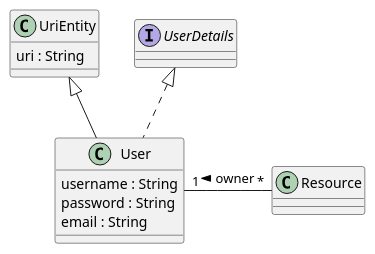
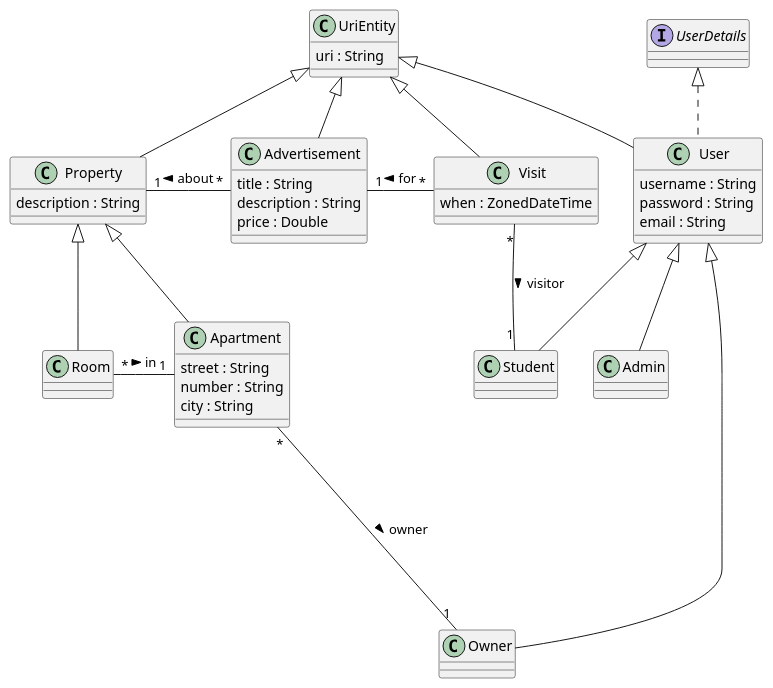
One commit to UdL-EPS-SoftArch/myapartments-api changed the diagram in EntitiesModel.puml. Above: the diagram before and after it, drawn with PlantUML. The commit also changed 2 other files, not shown here.

```diff
--- a/EntitiesModel.puml
+++ b/EntitiesModel.puml
@@ -1,15 +1,45 @@
 @startuml
 
 class User extends UriEntity implements UserDetails {
-  username : String
-  password : String
-  email : String
+    username : String
+    password : String
+    email : String
 }
 
 class UriEntity {
-  uri : String
+    uri : String
 }
 
-User "1" --right-- "*" Resource : owner <
+class Admin extends User {}
+class Student extends User {}
+class Owner extends User {}
+
+class Property extends UriEntity {
+    description : String
+}
+
+class Apartment extends Property {
+    street : String
+    number : String
+    city : String
+}
+Owner "1" --up-- "*" Apartment : owner <
+
+class Room extends Property {
+}
+Apartment "1" --left-- "*" Room : in <
+
+class Advertisement extends UriEntity {
+    title : String
+    description : String
+    price : Double
+}
+Property "1" --right-- "*" Advertisement : about <
+
+class Visit extends UriEntity {
+    when : ZonedDateTime
+}
+Advertisement "1" --right-- "*" Visit : for <
+Student "1" --left-- "*" Visit : visitor <
 
 @enduml
```
